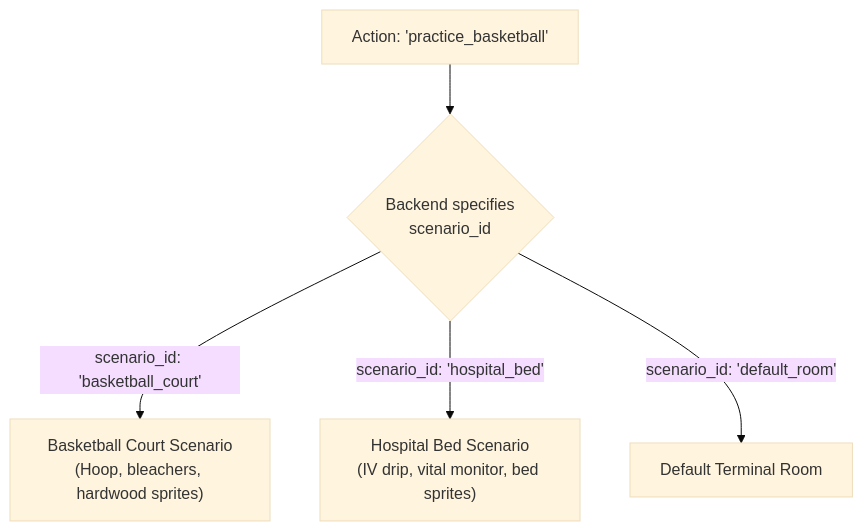
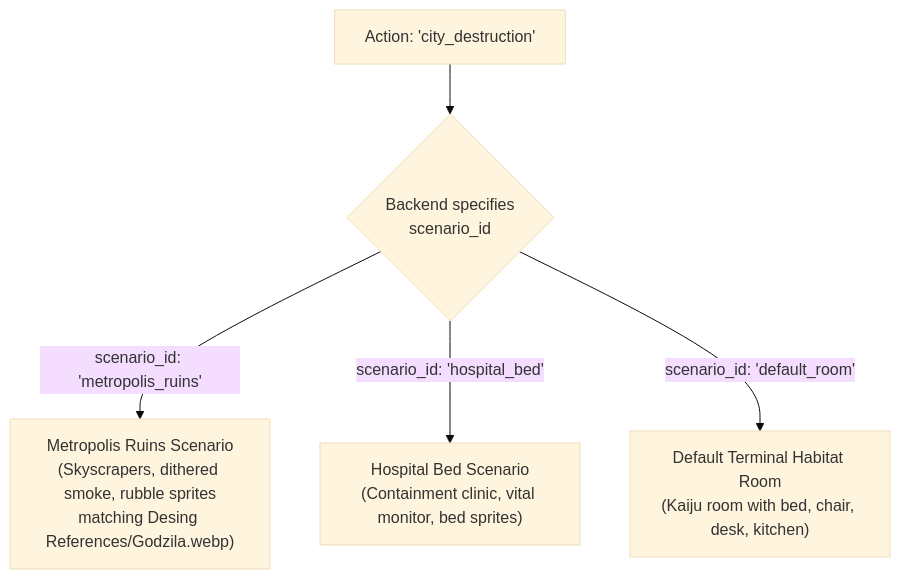
The diagram in Documentation/Plugins/04-scenarios-and-environments.md (TheMrCorvy/HATCH.REF), drawn with Mermaid (base theme) before and after one commit. The commit also changed other lines of this file and 34 other files, not shown here.

````diff
--- a/Documentation/Plugins/04-scenarios-and-environments.md
+++ b/Documentation/Plugins/04-scenarios-and-environments.md
@@ -15,10 +15,10 @@
 ```mermaid
 flowchart TD
-    Action["Action: 'practice_basketball'"]
+    Action["Action: 'city_destruction'"]
     BackendOverride{"Backend specifies\nscenario_id"}
 
     Action --> BackendOverride
-    BackendOverride -->|"scenario_id: 'basketball_court'"| Court["Basketball Court Scenario\n(Hoop, bleachers, hardwood sprites)"]
-    BackendOverride -->|"scenario_id: 'hospital_bed'"| Hospital["Hospital Bed Scenario\n(IV drip, vital monitor, bed sprites)"]
-    BackendOverride -->|"scenario_id: 'default_room'"| Room["Default Terminal Room"]
+    BackendOverride -->|"scenario_id: 'metropolis_ruins'"| Ruins["Metropolis Ruins Scenario\n(Skyscrapers, dithered smoke, rubble sprites\nmatching Desing References/Godzila.webp)"]
+    BackendOverride -->|"scenario_id: 'hospital_bed'"| Hospital["Hospital Bed Scenario\n(Containment clinic, vital monitor, bed sprites)"]
+    BackendOverride -->|"scenario_id: 'default_room'"| Room["Default Terminal Habitat Room\n(Kaiju room with bed, chair, desk, kitchen)"]
 ```
````
